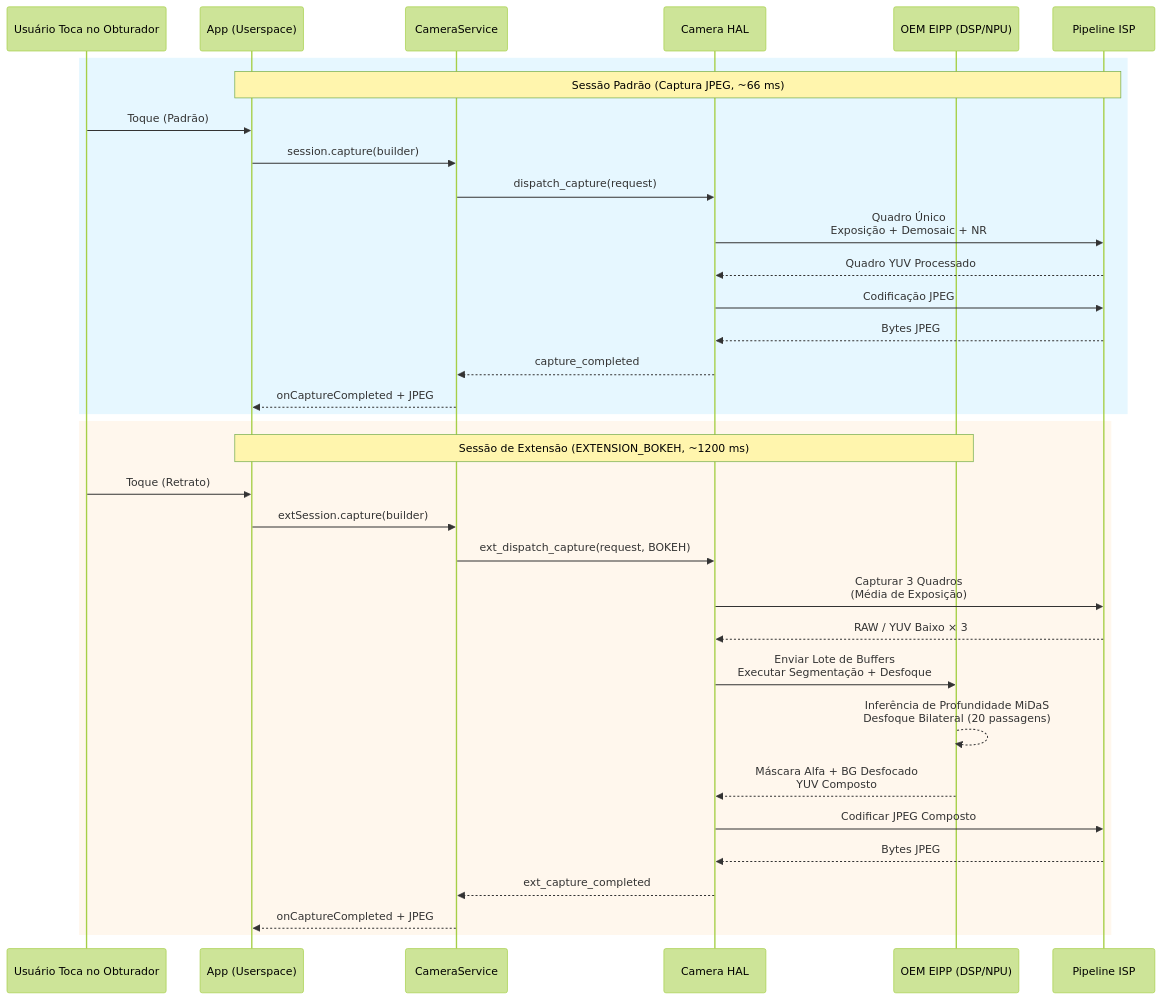
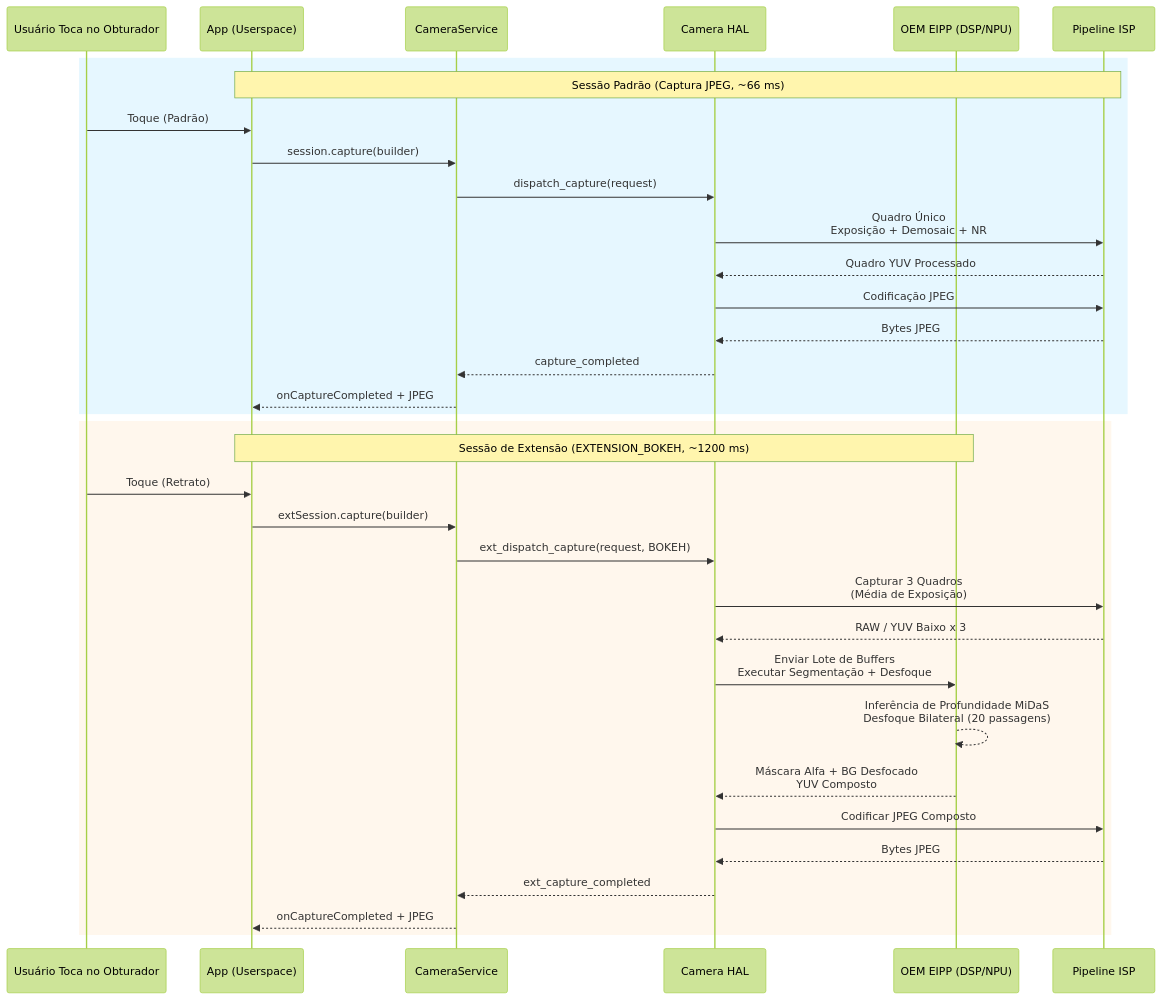
One commit to zoozooll/AndroidCameraParameters changed the second of 2 diagrams in website/i18n/pt-BR/docusaurus-plugin-content-docs/current/camera2/camera-extensions.md. Above: the diagram before and after it, drawn with Mermaid (forest theme). The commit also changed other lines of this file and 77 other files, not shown here.

First line of the commit message:
docs: standardize Mermaid syntax and polish 3A pipeline translations

````diff
--- a/website/i18n/pt-BR/docusaurus-plugin-content-docs/current/camera2/camera-extensions.md
+++ b/website/i18n/pt-BR/docusaurus-plugin-content-docs/current/camera2/camera-extensions.md
@@ -317,38 +317,38 @@
 ```mermaid
 sequenceDiagram
     participant U as Usuário Toca no Obturador
     participant APP as App (Userspace)
     participant CAM as CameraService
     participant HAL as Camera HAL
     participant EIPP as OEM EIPP (DSP/NPU)
     participant ISP as Pipeline ISP
 
     rect rgb(230, 247, 255)
         Note over APP,ISP: Sessão Padrão (Captura JPEG, ~66 ms)
         U->>APP: Toque (Padrão)
         APP->>CAM: session.capture(builder)
         CAM->>HAL: dispatch_capture(request)
         HAL->>ISP: Quadro Único<br/>Exposição + Demosaic + NR
         ISP-->>HAL: Quadro YUV Processado
         HAL->>ISP: Codificação JPEG
         ISP-->>HAL: Bytes JPEG
         HAL-->>CAM: capture_completed
         CAM-->>APP: onCaptureCompleted + JPEG
     end
 
     rect rgb(255, 247, 237)
         Note over APP,EIPP: Sessão de Extensão (EXTENSION_BOKEH, ~1200 ms)
         U->>APP: Toque (Retrato)
         APP->>CAM: extSession.capture(builder)
         CAM->>HAL: ext_dispatch_capture(request, BOKEH)
         HAL->>ISP: Capturar 3 Quadros<br/>(Média de Exposição)
-        ISP-->>HAL: RAW / YUV Baixo × 3
+        ISP-->>HAL: RAW / YUV Baixo x 3
         HAL->>EIPP: Enviar Lote de Buffers<br/>Executar Segmentação + Desfoque
         EIPP-->>EIPP: Inferência de Profundidade MiDaS<br/>Desfoque Bilateral (20 passagens)
         EIPP-->>HAL: Máscara Alfa + BG Desfocado<br/>YUV Composto
         HAL->>ISP: Codificar JPEG Composto
         ISP-->>HAL: Bytes JPEG
         HAL-->>CAM: ext_capture_completed
         CAM-->>APP: onCaptureCompleted + JPEG
     end
 ```
````
